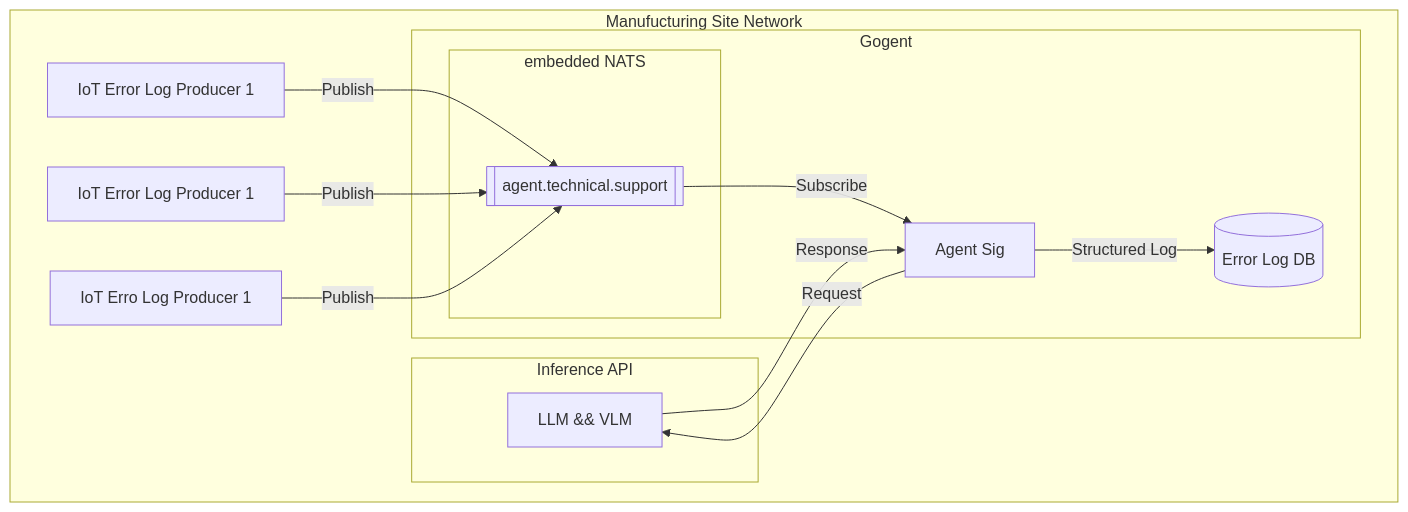
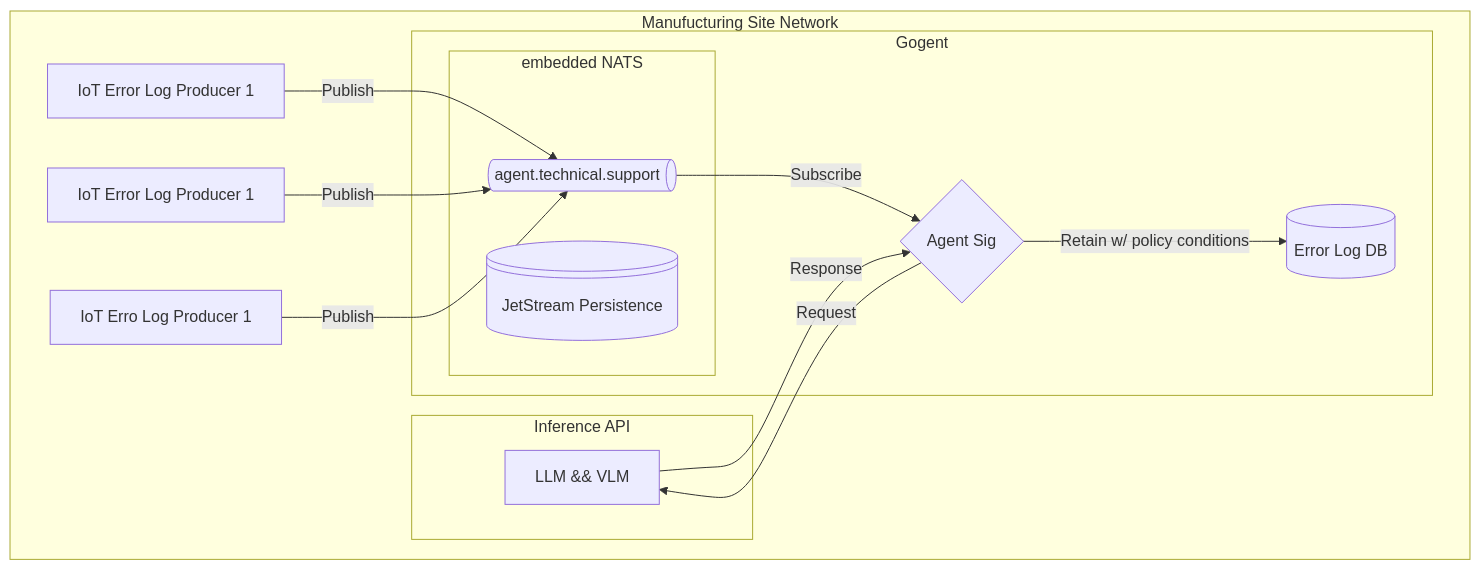
The diagram in README.md (tobalo/gogent), drawn with Mermaid before and after one commit.

Commit message:
design: add edge network box

````diff
--- a/README.md
+++ b/README.md
@@ -14,21 +14,22 @@
 ```mermaid
 flowchart
 subgraph Manufucturing Site Network
     S[IoT Error Log Producer 1] -->|Publish| Z
     T[IoT Error Log Producer 1] -->|Publish| Z
     Y[IoT Erro Log Producer 1] -->|Publish| Z
     subgraph Gogent
         subgraph embedded NATS
-            Z[[agent.technical.support]]
-
+            Z@{ shape: das, label: "agent.technical.support" }
+            U@{ shape: lin-cyl, label: "JetStream Persistence" }
         end
-        Z -->|Subscribe| A[Agent Sig]
+        Z -->|Subscribe| A{Agent Sig}
         E[(Error Log DB)]
-        A --> |Structured Log| E
+        A --> |Retain w/ policy conditions| E
     end
     subgraph Inference API
         A -->|Request| L[LLM && VLM]
         L -->|Response| A
     end
 end
+  
 ```
````
